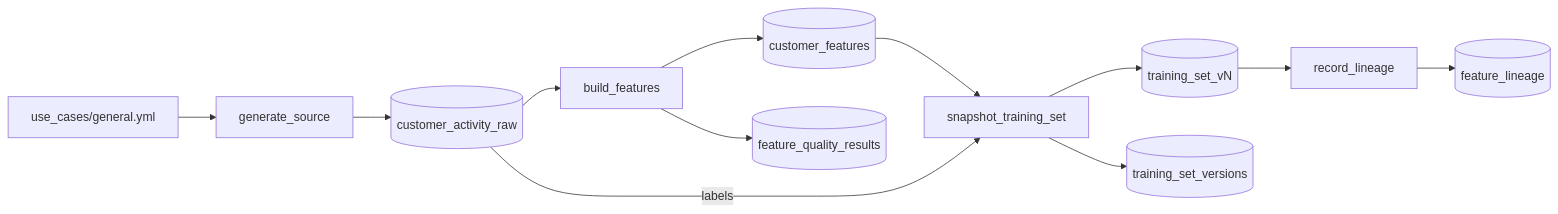
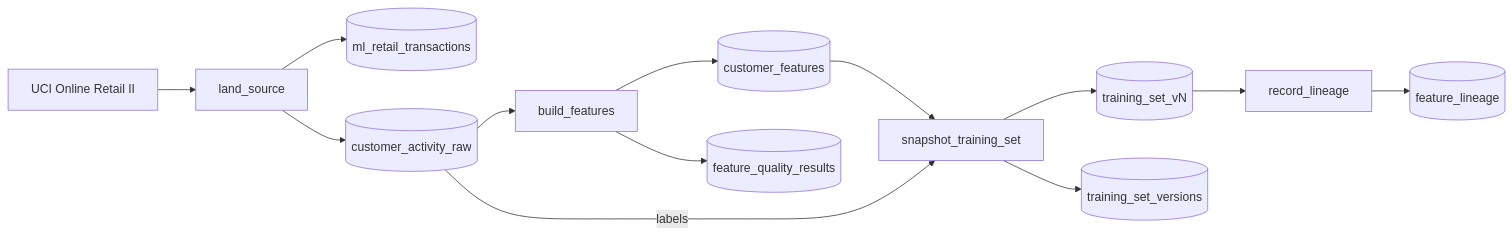
Before and after one commit to pengbricks/pengbricks-app-capabilities-walkthrough: the diagram in reference/ml-lifecycle/guides/data-ingestion-feature-preparation/README.md, drawn with Mermaid. The commit also changed other lines of this file and 96 other files, not shown here.

````diff
--- a/reference/ml-lifecycle/guides/data-ingestion-feature-preparation/README.md
+++ b/reference/ml-lifecycle/guides/data-ingestion-feature-preparation/README.md
@@ -19,14 +35,15 @@
 ```mermaid
 flowchart LR
-  Spec[use_cases/general.yml] --> G[generate_source]
+  Pub[UCI Online Retail II] --> G[land_source]
+  G --> Tx[(ml_retail_transactions)]
   G --> Raw[(customer_activity_raw)]
   Raw --> B[build_features]
   B --> FT[(customer_features)]
   B --> Q[(feature_quality_results)]
   FT --> S[snapshot_training_set]
   Raw -->|labels| S
   S --> TS[(training_set_vN)]
   S --> V[(training_set_versions)]
   TS --> L[record_lineage]
   L --> LT[(feature_lineage)]
 ```
````
